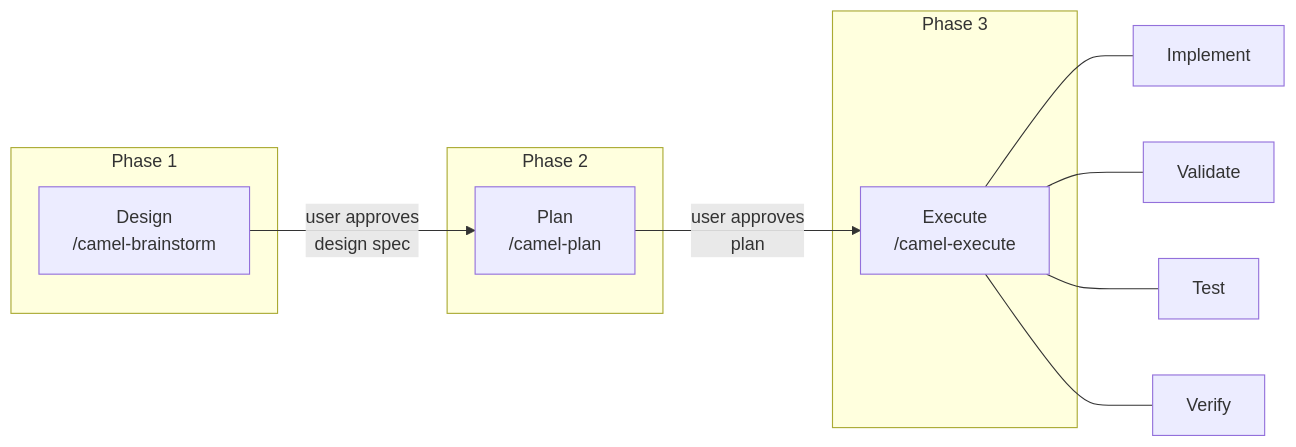
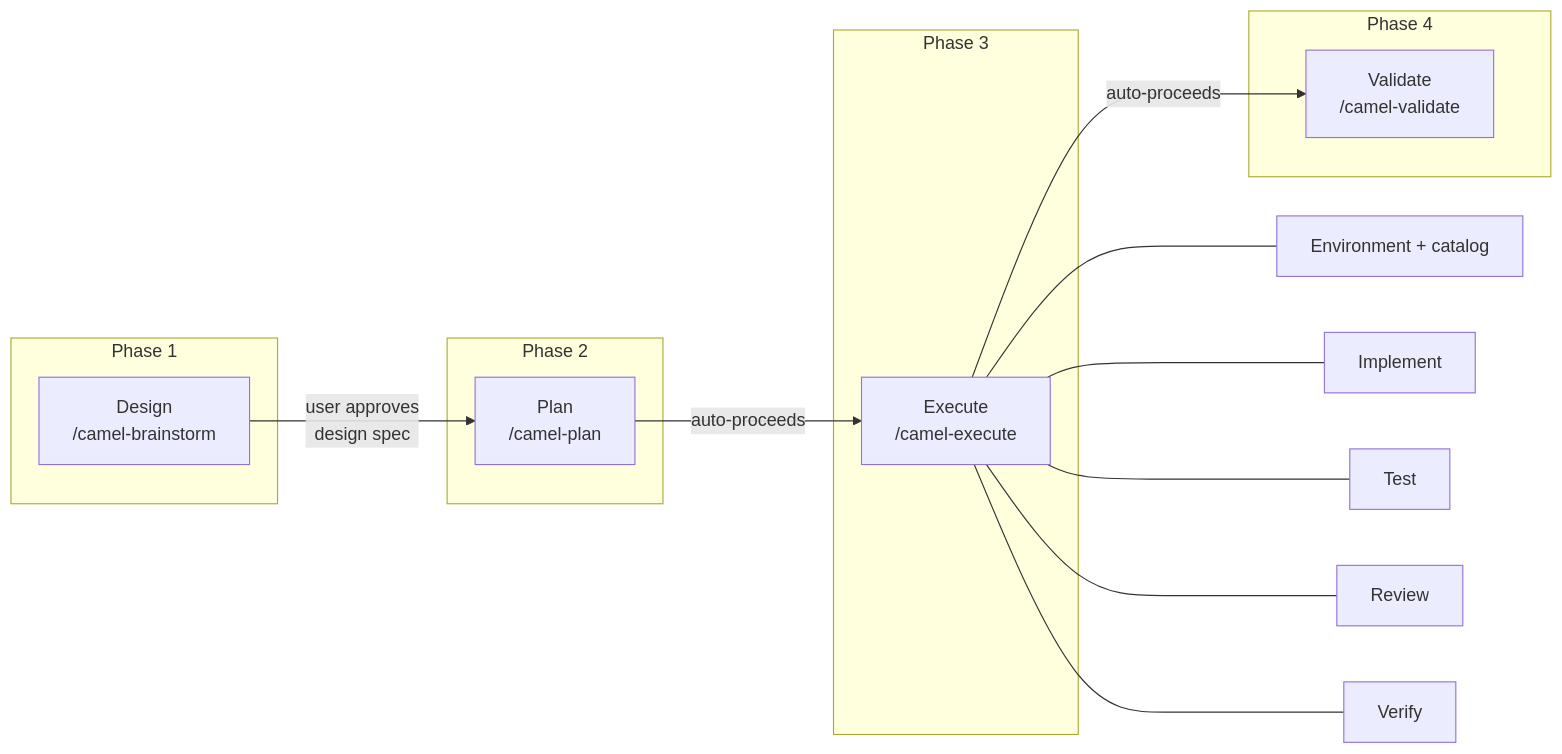
The third of 7 diagrams in docs/camel-kit-overview.md (luigidemasi/camel-kit), drawn with Mermaid before and after one commit. The commit also changed other lines of this file and 213 other files, not shown here.

````diff
--- a/docs/camel-kit-overview.md
+++ b/docs/camel-kit-overview.md
@@ -128,20 +133,25 @@
 ```mermaid
 flowchart LR
     subgraph "Phase 1"
         B["Design\n/camel-brainstorm"]
     end
     subgraph "Phase 2"
         P["Plan\n/camel-plan"]
     end
     subgraph "Phase 3"
         E["Execute\n/camel-execute"]
     end
+    subgraph "Phase 4"
+        Q["Validate\n/camel-validate"]
+    end
 
     B -->|"user approves\ndesign spec"| P
-    P -->|"user approves\nplan"| E
+    P -->|"auto-proceeds"| E
+    E -->|"auto-proceeds"| Q
 
+    E --- N["Environment + catalog"]
     E --- I["Implement"]
-    E --- V["Validate"]
     E --- T["Test"]
+    E --- V["Review"]
     E --- R["Verify"]
 ```
````
